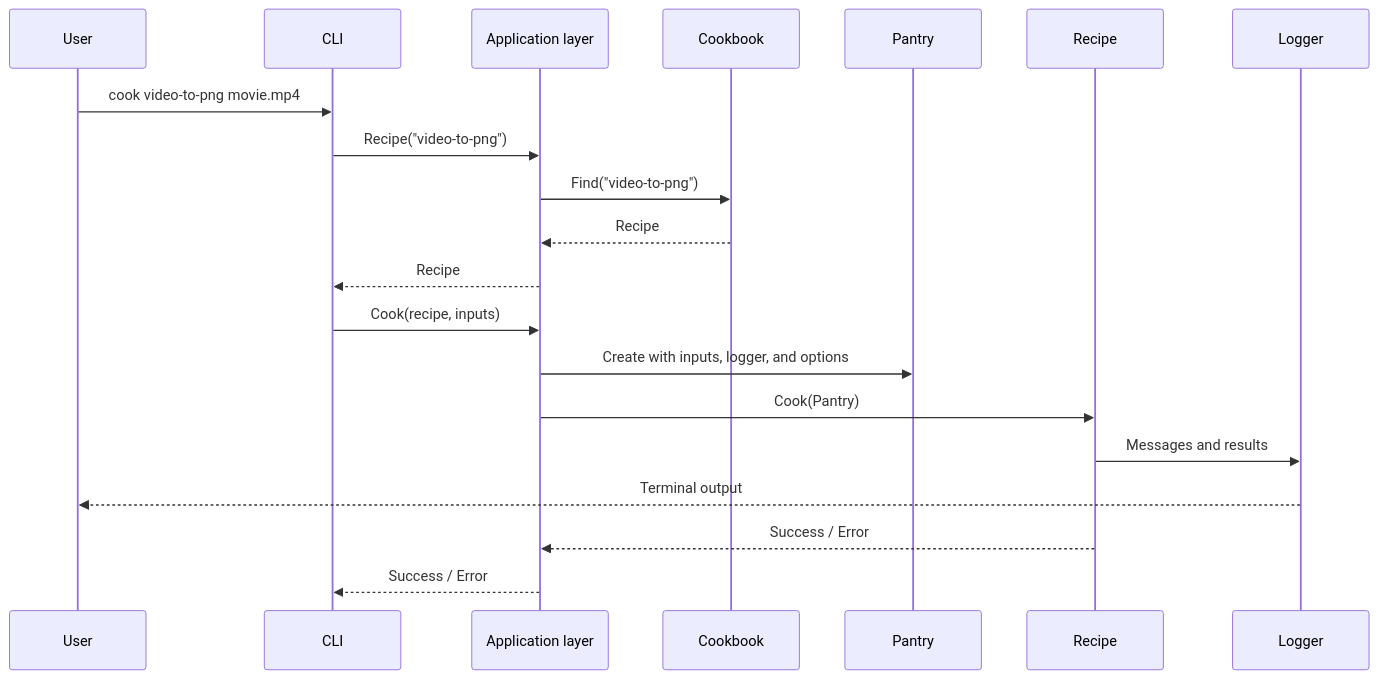
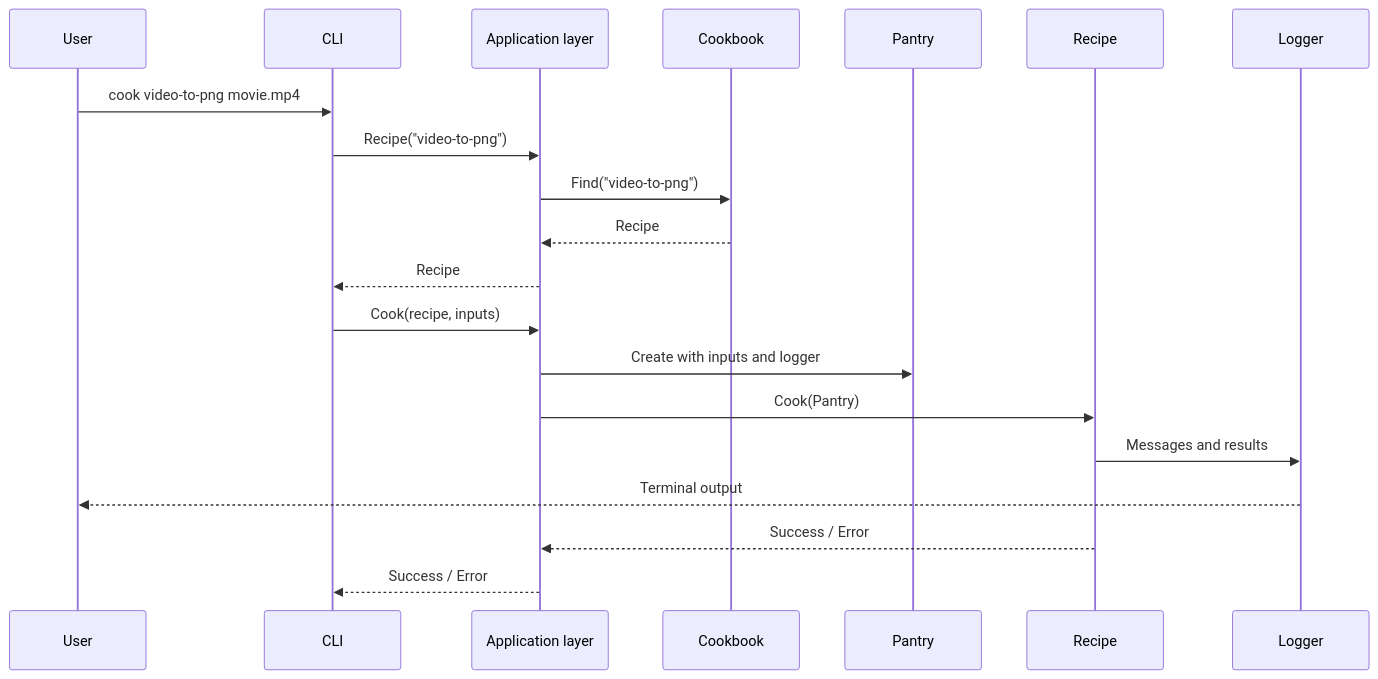
One commit to Lauloque/ffrecipes changed the second of 2 diagrams in docs/architecture.md. Above: the diagram before and after it, drawn with Mermaid. The commit also changed other lines of this file and 8 other files, not shown here.

````diff
--- a/docs/architecture.md
+++ b/docs/architecture.md
@@ -46,27 +44,27 @@
 ```mermaid
 sequenceDiagram
     participant User
     participant CLI as CLI
     participant App as Application layer
     participant Cookbook
     participant Pantry
     participant Recipe
     participant Logger
 
     User->>CLI: cook video-to-png movie.mp4
 
     CLI->>App: Recipe("video-to-png")
     App->>Cookbook: Find("video-to-png")
     Cookbook-->>App: Recipe
     App-->>CLI: Recipe
 
     CLI->>App: Cook(recipe, inputs)
-    App->>Pantry: Create with inputs, logger, and options
+    App->>Pantry: Create with inputs and logger
     App->>Recipe: Cook(Pantry)
 
     Recipe->>Logger: Messages and results
     Logger-->>User: Terminal output
 
     Recipe-->>App: Success / Error
     App-->>CLI: Success / Error
 ```
````
